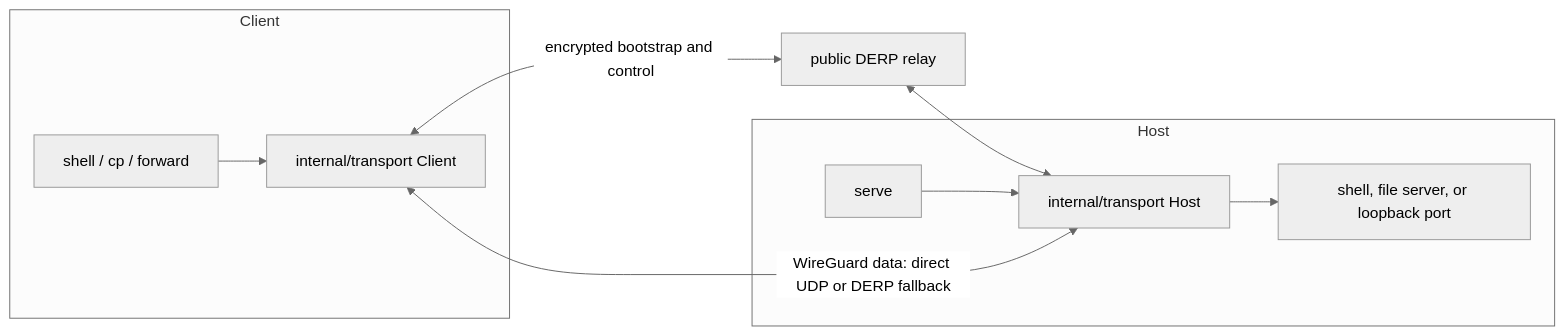
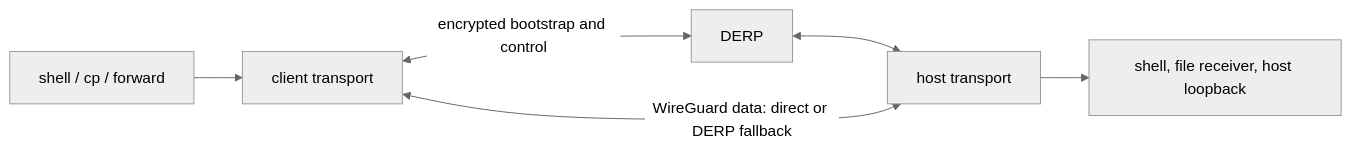
One commit to changhoon-sung/tsok changed the diagram in README.md. Above: the diagram before and after it, drawn with Mermaid (neutral theme). The commit also changed other lines of this file, not shown here.

````diff
--- a/README.md
+++ b/README.md
@@ -191,13 +118,8 @@
 ```mermaid
 flowchart LR
-  subgraph Client
-    CLI["shell / cp / forward"] --> CT["internal/transport Client"]
-  end
-  subgraph Host
-    HT["internal/transport Host"] --> APP["shell, file server, or loopback port"]
-    SERVE["serve"] --> HT
-  end
-  CT <-->|"encrypted bootstrap and control"| DERP["public DERP relay"]
-  DERP <--> HT
-  CT <-->|"WireGuard data: direct UDP or DERP fallback"| HT
+  CLI["shell / cp / forward"] --> CLIENT["client transport"]
+  CLIENT <-->|"encrypted bootstrap and control"| DERP["DERP"]
+  DERP <--> HOST["host transport"]
+  CLIENT <-->|"WireGuard data: direct or DERP fallback"| HOST
+  HOST --> SERVICES["shell, file receiver, host loopback"]
 ```
````
